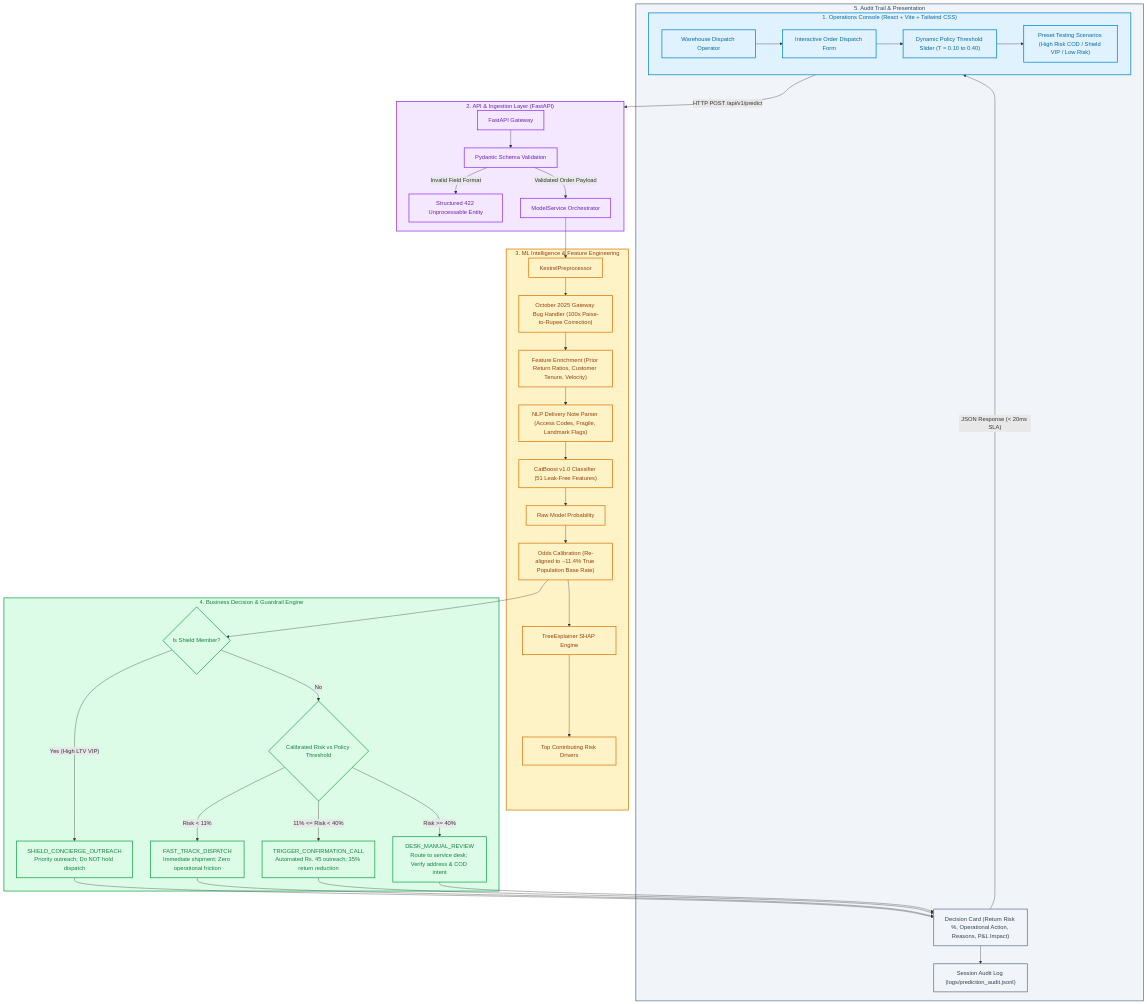
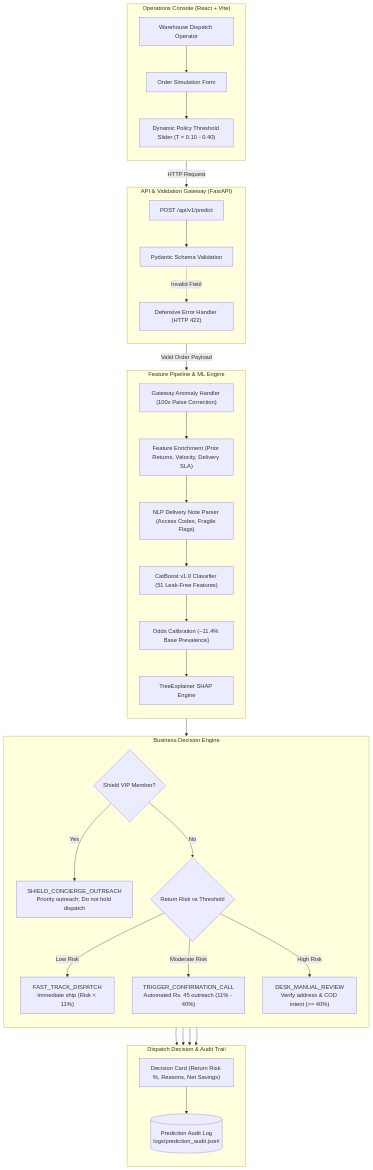
Before and after one commit to kumarAbhishek2004/kestrel-returns-intelligence: the diagram in README.md, drawn with Mermaid.

Commit message:
docs: streamline architecture diagram with clean theme-native mermaid

````diff
--- a/README.md
+++ b/README.md
@@ -46,58 +46,61 @@
 ```mermaid
 flowchart TD
-    subgraph UI ["1. Operations Console (React + Vite + Tailwind CSS)"]
-        A["Warehouse Dispatch Operator"] --> B["Interactive Order Dispatch Form"]
-        B --> C["Dynamic Policy Threshold Slider (T = 0.10 to 0.40)"]
-        C --> D["Preset Testing Scenarios (High Risk COD / Shield VIP / Low Risk)"]
+    subgraph UI ["Operations Console (React + Vite)"]
+        direction TB
+        A["Warehouse Dispatch Operator"]
+        B["Order Simulation Form"]
+        C["Dynamic Policy Threshold Slider (T = 0.10 - 0.40)"]
+        A --> B --> C
     end
 
-    UI -->|"HTTP POST /api/v1/predict"| API_Layer
-
-    subgraph API_Layer ["2. API & Ingestion Layer (FastAPI)"]
-        E["FastAPI Gateway"] --> F["Pydantic Schema Validation"]
-        F -->|"Invalid Field Format"| G["Structured 422 Unprocessable Entity"]
-        F -->|"Validated Order Payload"| H["ModelService Orchestrator"]
+    subgraph API ["API & Validation Gateway (FastAPI)"]
+        direction TB
+        D["POST /api/v1/predict"]
+        E["Pydantic Schema Validation"]
+        F["Defensive Error Handler (HTTP 422)"]
+        D --> E
+        E -.->|"Invalid Field"| F
     end
 
-    subgraph ML_Pipeline ["3. ML Intelligence & Feature Engineering"]
-        H --> I["KestrelPreprocessor"]
-        I --> J["October 2025 Gateway Bug Handler (100x Paise-to-Rupee Correction)"]
-        J --> K["Feature Enrichment (Prior Return Ratios, Customer Tenure, Velocity)"]
-        K --> L["NLP Delivery Note Parser (Access Codes, Fragile, Landmark Flags)"]
-        L --> M["CatBoost v1.0 Classifier (51 Leak-Free Features)"]
-        M --> N["Raw Model Probability"]
-        N --> O["Odds Calibration (Re-aligned to ~11.4% True Population Base Rate)"]
-        O --> P["TreeExplainer SHAP Engine"]
-        P --> Q["Top Contributing Risk Drivers"]
+    subgraph ML ["Feature Pipeline & ML Engine"]
+        direction TB
+        G["Gateway Anomaly Handler (100x Paise Correction)"]
+        H["Feature Enrichment (Prior Returns, Velocity, Delivery SLA)"]
+        I["NLP Delivery Note Parser (Access Codes, Fragile Flags)"]
+        J["CatBoost v1.0 Classifier (51 Leak-Free Features)"]
+        K["Odds Calibration (~11.4% Base Prevalence)"]
+        L["TreeExplainer SHAP Engine"]
+        G --> H --> I --> J --> K --> L
     end
 
-    subgraph Ops_Engine ["4. Business Decision & Guardrail Engine"]
-        O --> R{"Is Shield Member?"}
-        R -->|"Yes (High LTV VIP)"| S["SHIELD_CONCIERGE_OUTREACH<br/>Priority outreach; Do NOT hold dispatch"]
-        R -->|"No"| T{"Calibrated Risk vs Policy Threshold"}
-        T -->|"Risk < 11%"| U["FAST_TRACK_DISPATCH<br/>Immediate shipment; Zero operational friction"]
-        T -->|"11% <= Risk < 40%"| V["TRIGGER_CONFIRMATION_CALL<br/>Automated Rs. 45 outreach; 35% return reduction"]
-        T -->|"Risk >= 40%"| W["DESK_MANUAL_REVIEW<br/>Route to service desk; Verify address & COD intent"]
+    subgraph Policy ["Business Decision Engine"]
+        direction TB
+        M{"Shield VIP Member?"}
+        N["SHIELD_CONCIERGE_OUTREACH<br/>Priority outreach; Do not hold dispatch"]
+        O{"Return Risk vs Threshold"}
+        P["FAST_TRACK_DISPATCH<br/>Immediate ship (Risk < 11%)"]
+        Q["TRIGGER_CONFIRMATION_CALL<br/>Automated Rs. 45 outreach (11% - 40%)"]
+        R["DESK_MANUAL_REVIEW<br/>Verify address & COD intent (>= 40%)"]
+
+        M -->|"Yes"| N
+        M -->|"No"| O
+        O -->|"Low Risk"| P
+        O -->|"Moderate Risk"| Q
+        O -->|"High Risk"| R
     end
 
-    subgraph Persistence ["5. Audit Trail & Presentation"]
-        S --> X["Decision Card (Return Risk %, Operational Action, Reasons, P&L Impact)"]
-        U --> X
-        V --> X
-        W --> X
-        X --> Y["Session Audit Log (logs/prediction_audit.jsonl)"]
-        X -->|"JSON Response (< 20ms SLA)"| UI
+    subgraph Output ["Dispatch Decision & Audit Trail"]
+        direction TB
+        S["Decision Card (Return Risk %, Reasons, Net Savings)"]
+        T[("Prediction Audit Log<br/>logs/prediction_audit.jsonl")]
+        S --> T
     end
 
-    classDef ui fill:#e0f2fe,stroke:#0284c7,stroke-width:2px,color:#0369a1;
-    classDef api fill:#f3e8ff,stroke:#9333ea,stroke-width:2px,color:#6b21a8;
-    classDef ml fill:#fef3c7,stroke:#d97706,stroke-width:2px,color:#92400e;
-    classDef ops fill:#dcfce7,stroke:#16a34a,stroke-width:2px,color:#15803d;
-    classDef logs fill:#f1f5f9,stroke:#64748b,stroke-width:2px,color:#334155;
-
-    class UI,A,B,C,D ui;
-    class API_Layer,E,F,G,H api;
-    class ML_Pipeline,I,J,K,L,M,N,O,P,Q ml;
-    class Ops_Engine,R,S,T,U,V,W ops;
-    class Persistence,X,Y logs;
+    UI -->|"HTTP Request"| D
+    E -->|"Valid Order Payload"| G
+    L --> M
+    N --> S
+    P --> S
+    Q --> S
+    R --> S
 ```
````
